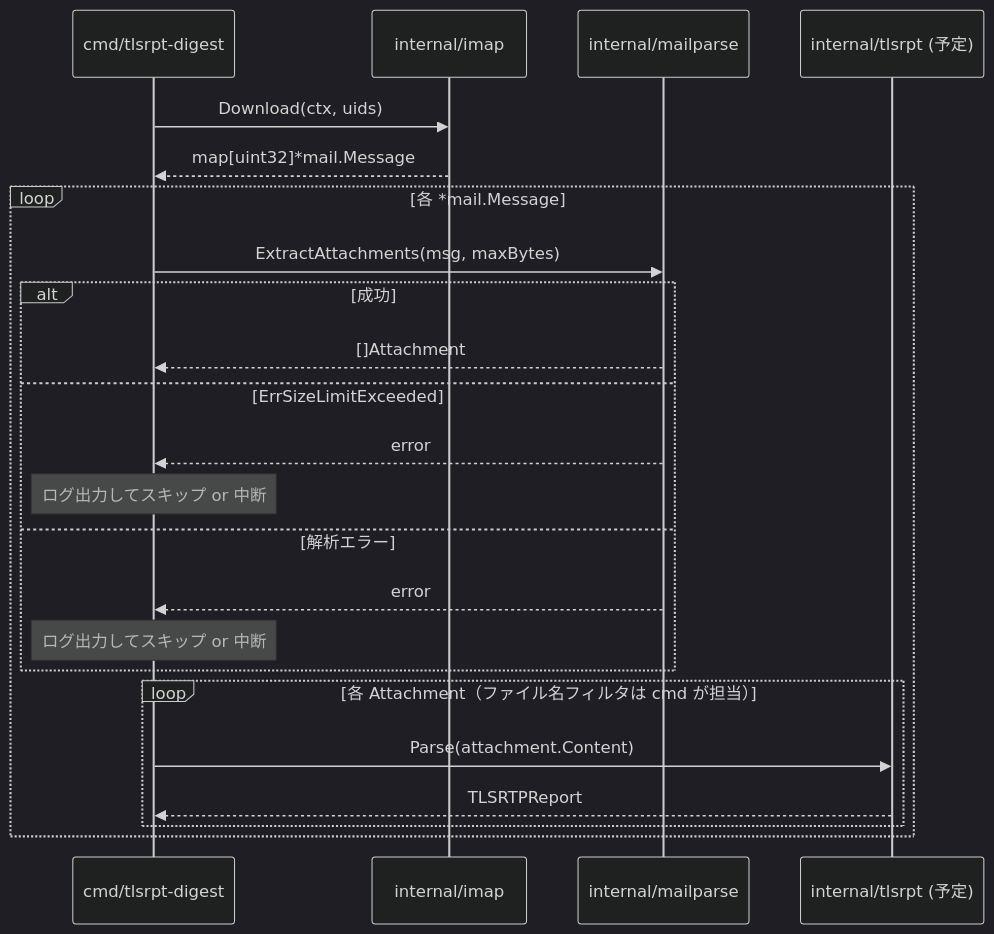
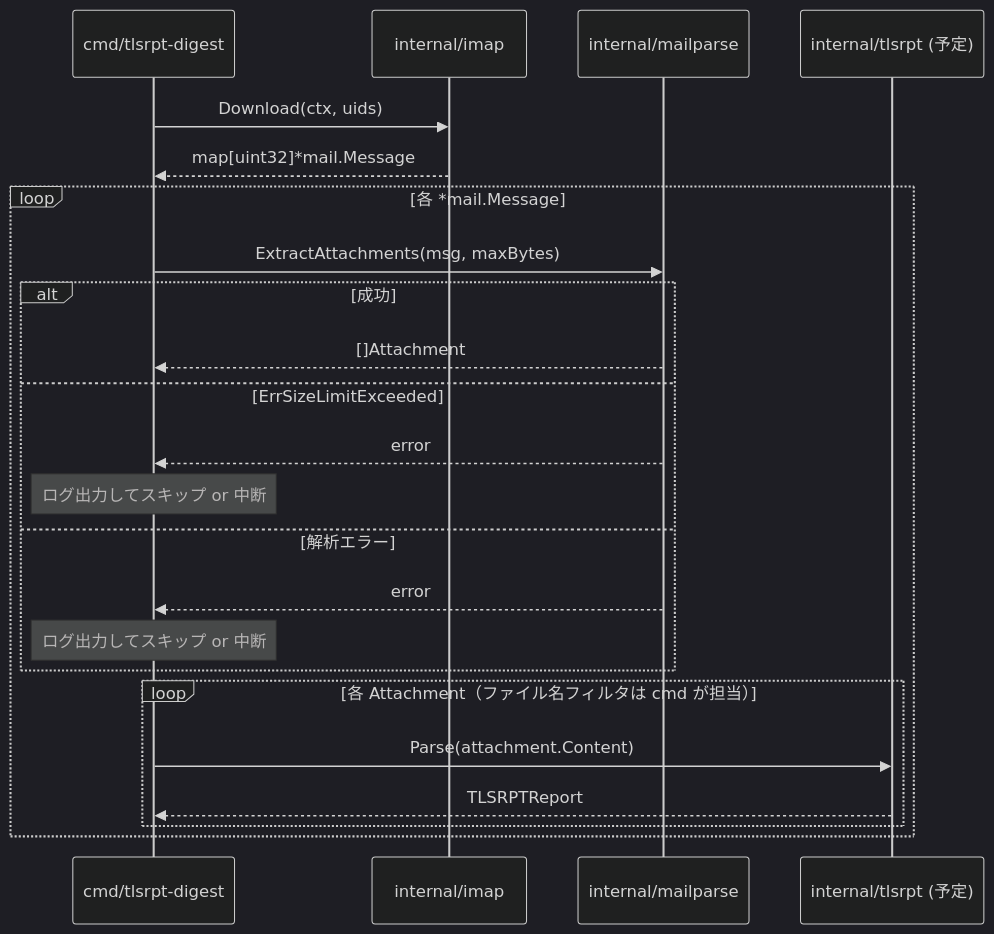
The sixth of 8 diagrams in docs/tasks/0011_mailparse/02_architecture.md (isseis/tlsrpt-digest), drawn with Mermaid (dark theme) before and after one commit. The commit also changed other lines of this file, not shown here.

First line of the commit message:
docs: address review comments on mailparse architecture

````diff
--- a/docs/tasks/0011_mailparse/02_architecture.md
+++ b/docs/tasks/0011_mailparse/02_architecture.md
@@ -181,28 +187,28 @@
 ```mermaid
 sequenceDiagram
     participant cmd as cmd/tlsrpt-digest
     participant imap as internal/imap
     participant mp as internal/mailparse
     participant tlsrpt as internal/tlsrpt (予定)
 
     cmd->>imap: Download(ctx, uids)
     imap-->>cmd: map[uint32]*mail.Message
 
     loop 各 *mail.Message
         cmd->>mp: ExtractAttachments(msg, maxBytes)
         alt 成功
             mp-->>cmd: []Attachment
         else ErrSizeLimitExceeded
             mp-->>cmd: error
             Note over cmd: ログ出力してスキップ or 中断
         else 解析エラー
             mp-->>cmd: error
             Note over cmd: ログ出力してスキップ or 中断
         end
 
         loop 各 Attachment（ファイル名フィルタは cmd が担当）
             cmd->>tlsrpt: Parse(attachment.Content)
-            tlsrpt-->>cmd: TLSRTPReport
+            tlsrpt-->>cmd: TLSRPTReport
         end
     end
 ```
````
